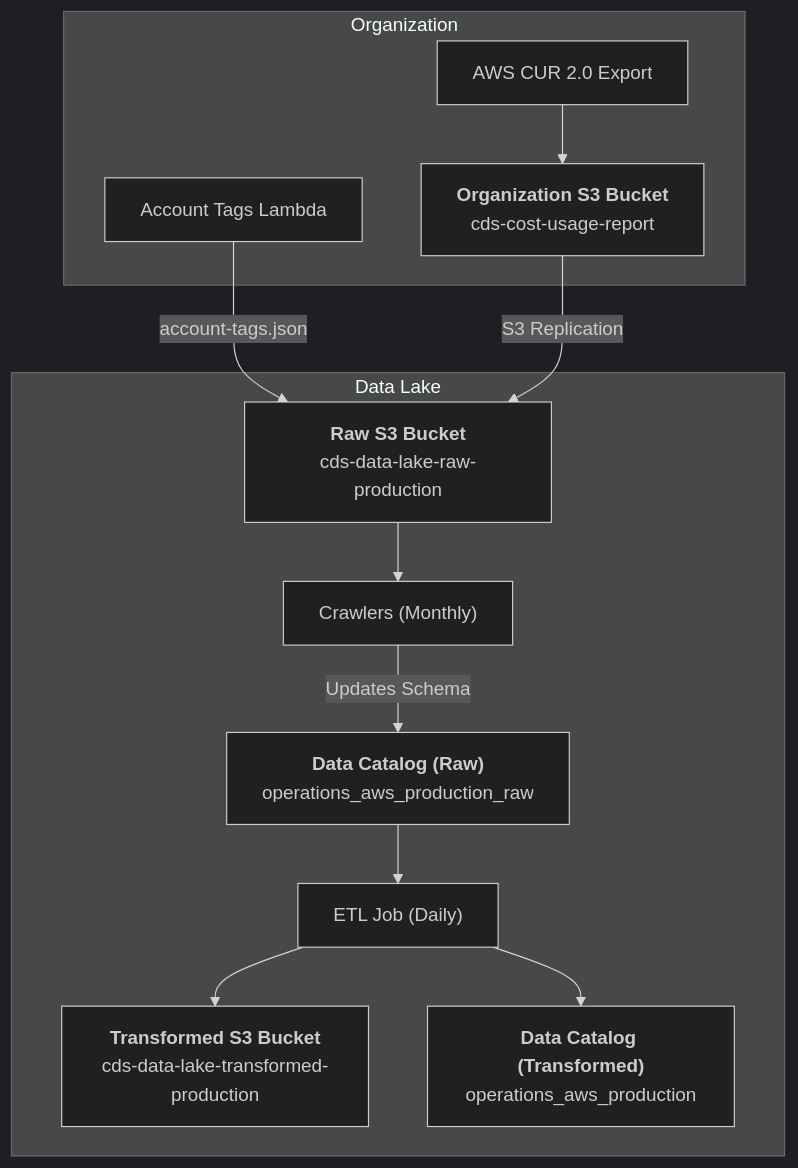
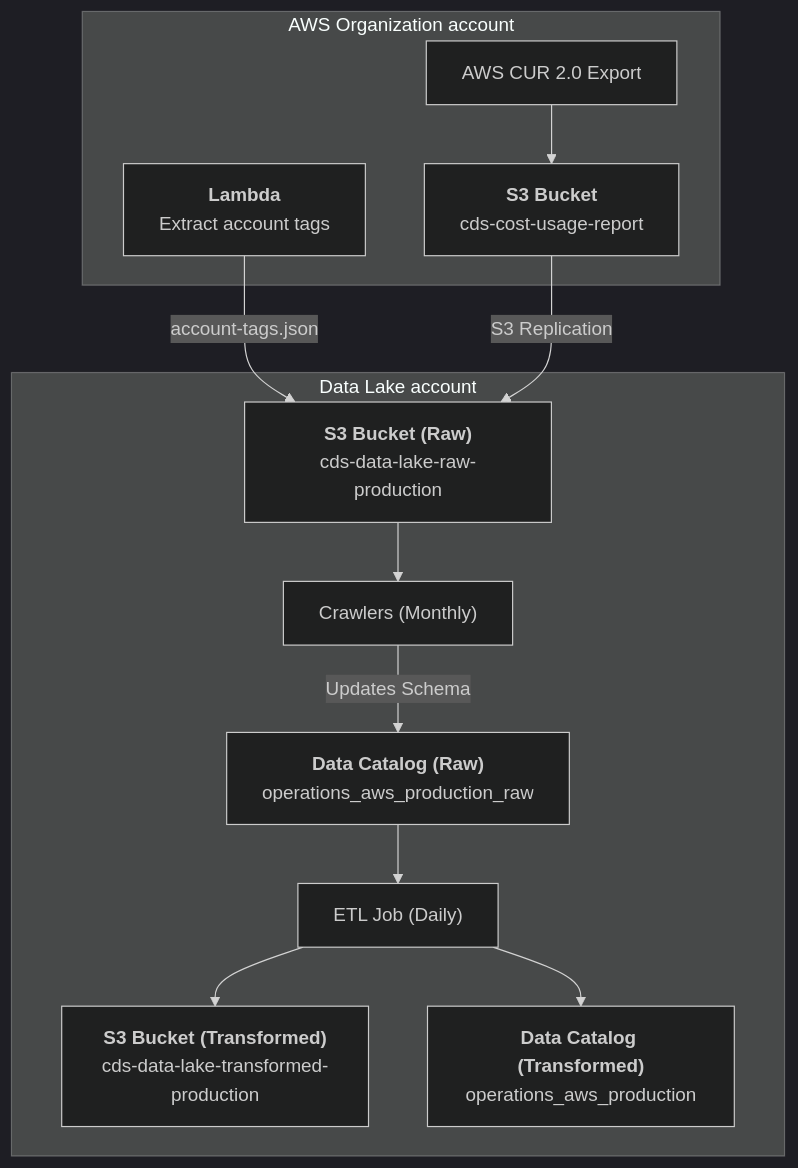
Before and after one commit to cds-snc/data-lake: the diagram in docs/data/pipelines/operations/aws/cost-and-usage-report.md, drawn with Mermaid (dark theme). The commit also changed other lines of this file, not shown here.

Commit message:
docs: update graph to show source data

````diff
--- a/docs/data/pipelines/operations/aws/cost-and-usage-report.md
+++ b/docs/data/pipelines/operations/aws/cost-and-usage-report.md
@@ -18,34 +18,34 @@
 ```mermaid
 graph TD
     %% Source Systems
     CUR[AWS CUR 2.0 Export]
-    Lambda[Account Tags Lambda]
+    Lambda["`**Lambda**<br>Extract account tags`"]
     
     %% Storage
-    OrgS3["`**Organization S3 Bucket**<br/>cds-cost-usage-report`"]
-    RawS3["`**Raw S3 Bucket**<br/>cds-data-lake-raw-production`"]
-    TransS3["`**Transformed S3 Bucket**<br/>cds-data-lake-transformed-production`"]
+    OrgS3["`**S3 Bucket**<br/>cds-cost-usage-report`"]
+    RawS3["`**S3 Bucket (Raw)**<br/>cds-data-lake-raw-production`"]
+    TransS3["`**S3 Bucket (Transformed)**<br/>cds-data-lake-transformed-production`"]
     
     %% Processing
     Crawlers["Crawlers (Monthly)"]
     CatalogRaw["`**Data Catalog (Raw)**<br/>operations_aws_production_raw`"]
     CatalogTransformed["`**Data Catalog (Transformed)**<br/>operations_aws_production`"]
     ETL["ETL Job (Daily)"]
 
     %% Flow
-    subgraph org[Organization]
+    subgraph org[AWS Organization account]
         CUR --> OrgS3
         Lambda
     end
 
     Lambda --> |account-tags.json|RawS3
     OrgS3 --> |S3 Replication|RawS3
 
-    subgraph datalake[Data Lake]
+    subgraph datalake[Data Lake account]
         RawS3 --> Crawlers
         Crawlers --> |Updates Schema|CatalogRaw
         CatalogRaw --> ETL
         ETL --> TransS3
         ETL --> CatalogTransformed
     end
 ```
````
